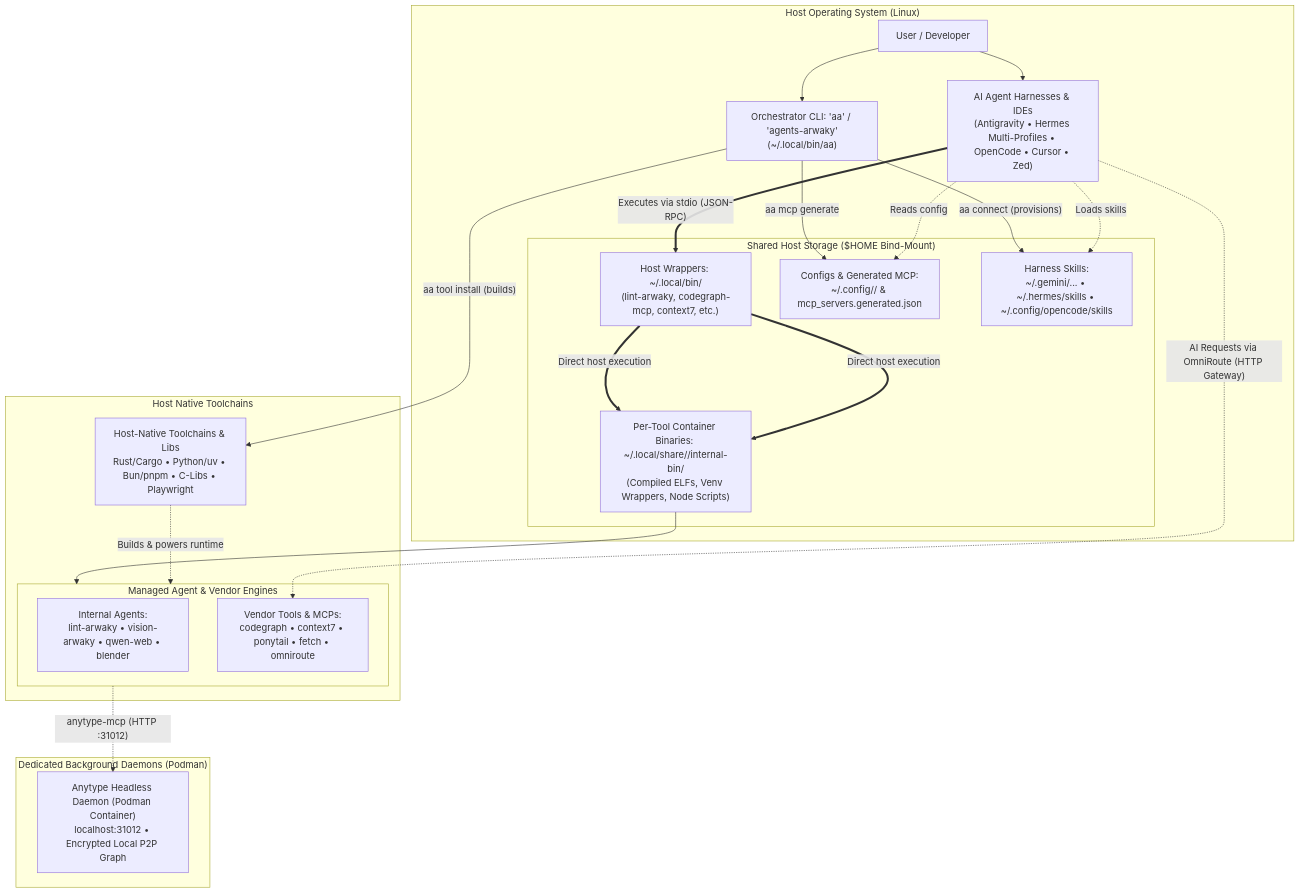
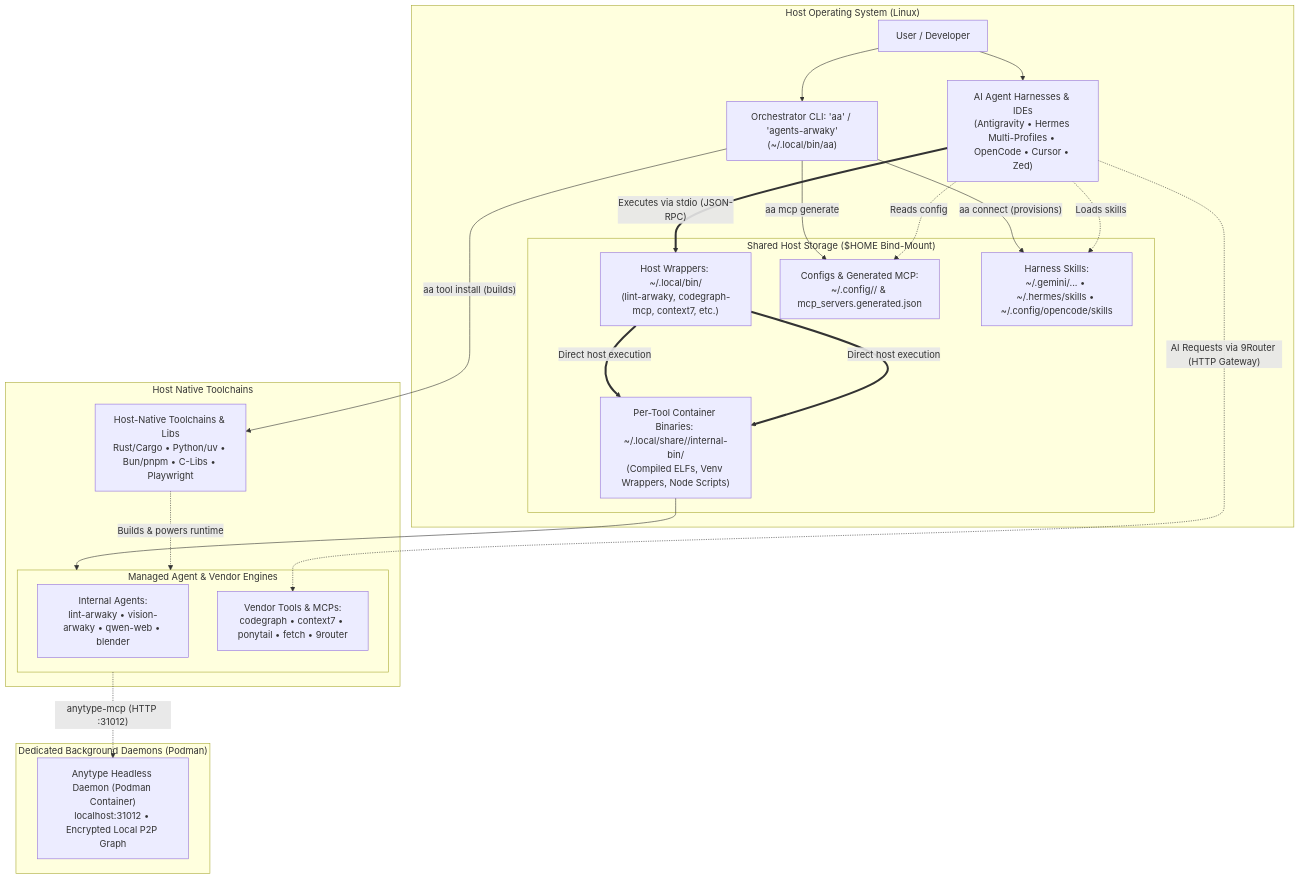
One commit to rakaarwaky/agents-arwaky changed the diagram in README.md. Above: the diagram before and after it, drawn with Mermaid. The commit also changed other lines of this file and 46 other files, not shown here.

First line of the commit message:
refactor: rename omniroute to 9router across config, daemon, service and CLI

````diff
--- a/README.md
+++ b/README.md
@@ -23,52 +23,52 @@
 ```mermaid
 flowchart TB
     subgraph HostOS["Host Operating System (Linux)"]
         User["User / Developer"]
         Harnesses["AI Agent Harnesses & IDEs\n(Antigravity • Hermes Multi-Profiles • OpenCode • Cursor • Zed)"]
         CLI["Orchestrator CLI: 'aa' / 'agents-arwaky'\n(~/.local/bin/aa)"]
       
         subgraph XDGShared["Shared Host Storage ($HOME Bind-Mount)"]
             Launchers["Host Wrappers: ~/.local/bin/\n(lint-arwaky, codegraph-mcp, context7, etc.)"]
             InternalBin["Per-Tool Container Binaries: ~/.local/share/<tool>/internal-bin/\n(Compiled ELFs, Venv Wrappers, Node Scripts)"]
             XDGConfigs["Configs & Generated MCP:\n~/.config/<tool>/ & mcp_servers.generated.json"]
             XDGSkills["Harness Skills:\n~/.gemini/... • ~/.hermes/skills • ~/.config/opencode/skills"]
         end
     end
 
     subgraph HostToolchain["Host Native Toolchains"]
         IsolatedRuntimes["Host-Native Toolchains & Libs\nRust/Cargo • Python/uv • Bun/pnpm • C-Libs • Playwright"]
 
         subgraph AgentsAndTools["Managed Agent & Vendor Engines"]
             InternalAgents["Internal Agents:\nlint-arwaky • vision-arwaky • qwen-web • blender"]
-            VendorTools["Vendor Tools & MCPs:\ncodegraph • context7 • ponytail • fetch • omniroute"]
+            VendorTools["Vendor Tools & MCPs:\ncodegraph • context7 • ponytail • fetch • 9router"]
         end
     end
 
     subgraph SidecarServices["Dedicated Background Daemons (Podman)"]
         AnytypeDaemon["Anytype Headless Daemon (Podman Container)\nlocalhost:31012 • Encrypted Local P2P Graph"]
     end
 
     %% User & CLI interactions
     User --> CLI
     User --> Harnesses
     CLI -- "aa connect (provisions)" --> XDGSkills
     CLI -- "aa mcp generate" --> XDGConfigs
     CLI -- "aa tool install (builds)" --> IsolatedRuntimes
 
     %% Host-native execution
     Launchers == "Direct host execution" ==> InternalBin
 
     %% Harness interactions
     Harnesses -. "Reads config" .-> XDGConfigs
     Harnesses -. "Loads skills" .-> XDGSkills
     Harnesses == "Executes via stdio (JSON-RPC)" ==> Launchers
 
     %% Host-native execution
     Launchers == "Direct host execution" ==> InternalBin
     InternalBin --> AgentsAndTools
     IsolatedRuntimes -. "Builds & powers runtime" .-> AgentsAndTools
 
     %% Daemons & Services
     AgentsAndTools -. "anytype-mcp (HTTP :31012)" .-> AnytypeDaemon
-    Harnesses -. "AI Requests via OmniRoute (HTTP Gateway)" .-> VendorTools
+    Harnesses -. "AI Requests via 9Router (HTTP Gateway)" .-> VendorTools
 ```
````
